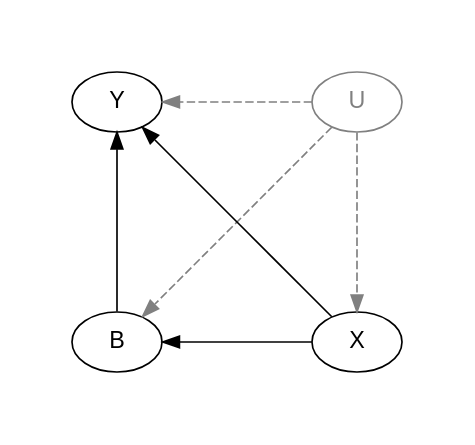
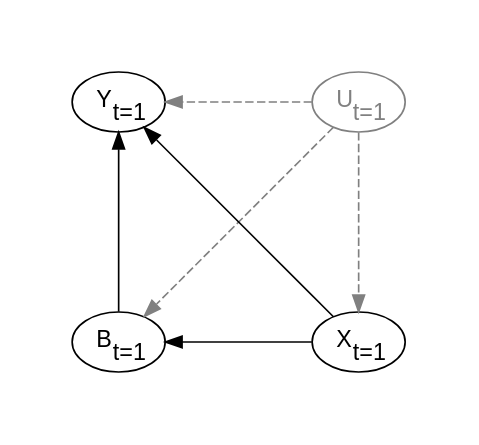
The first of 3 diagrams in FixedEffects.qmd (mca91/kasa_book), drawn with Graphviz before and after one commit. The commit also changed other lines of this file and 158 other files, not shown here.

````diff
--- a/FixedEffects.qmd
+++ b/FixedEffects.qmd
@@ -94,33 +94,33 @@
 ```{dot}
 //| fig-width: 3
 //| fig-height: 3
 //| fig-align: 'center'
 //| fig-cap: "Backdoors durch beobachtete und unbeobachtete Variablen"
 //| label: "fig-FEDAG1" 
 digraph FE_dag_single_period {
     layout=neato
     fontname="Helvetica,Arial,sans-serif"
     node [fontname="Helvetica,Arial,sans-serif"]
     edge [fontname="Helvetica,Arial,sans-serif"]
     splines=true
     pad=.5
 
     // Zeitinvariante Einflüsse
-    U [pos="2,8!", label=<U>, color=gray, fontcolor=gray];
+    U [pos="2,8!", label=<U<SUB>t=1</SUB>>, color=gray, fontcolor=gray];
 
     // Knoten für Zeitvariante Einflüsse
-    X [pos="2,6!", label=<X>];
+    X [pos="2,6!", label=<X<SUB>t=1</SUB>>];
 
     // Knoten für eine Periode
-    B [pos="0,6!", label=<B>];
-    Y [pos="0,8!", label=<Y>];
+    B [pos="0,6!", label=<B<SUB>t=1</SUB>>];
+    Y [pos="0,8!", label=<Y<SUB>t=1</SUB>>];
 
     // Kanten für eine Periode
     U -> X [color=gray, style=dashed];
     U -> Y [color=gray, style=dashed];
     U -> B [color=gray, style=dashed];
     X -> Y;
     X -> B;
     B -> Y;
 }
 ```
````
